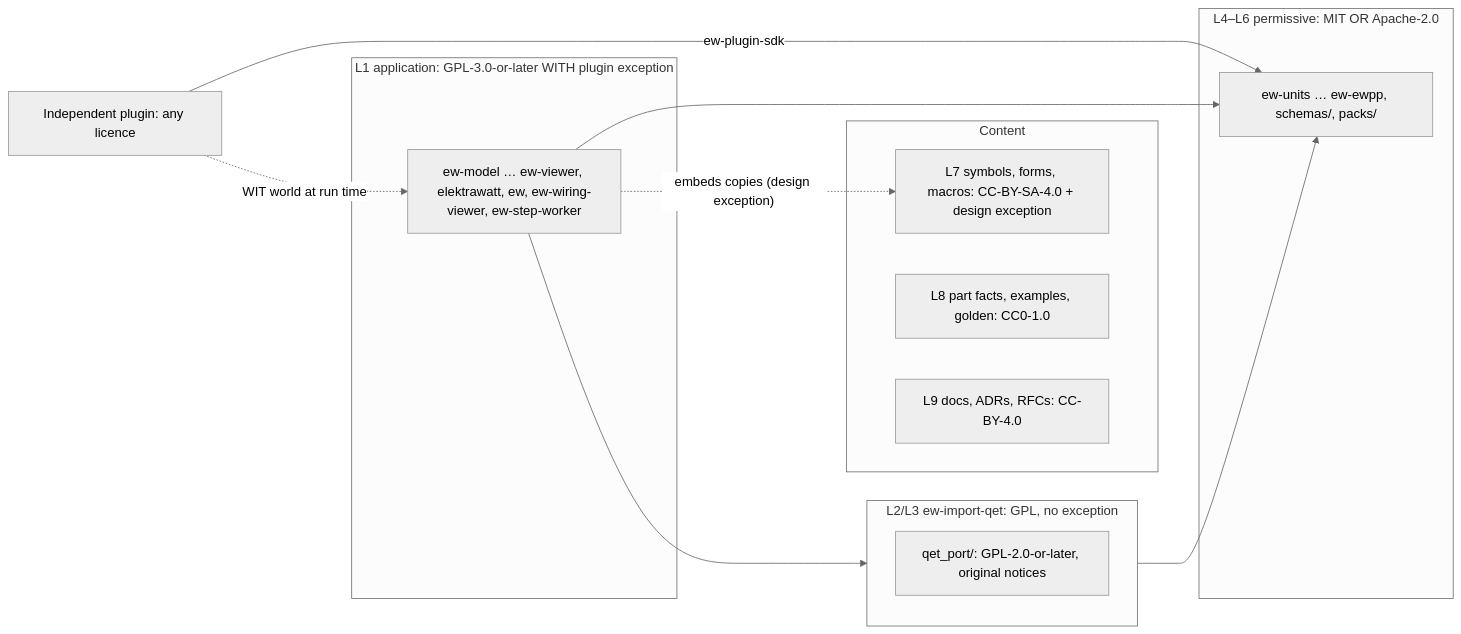
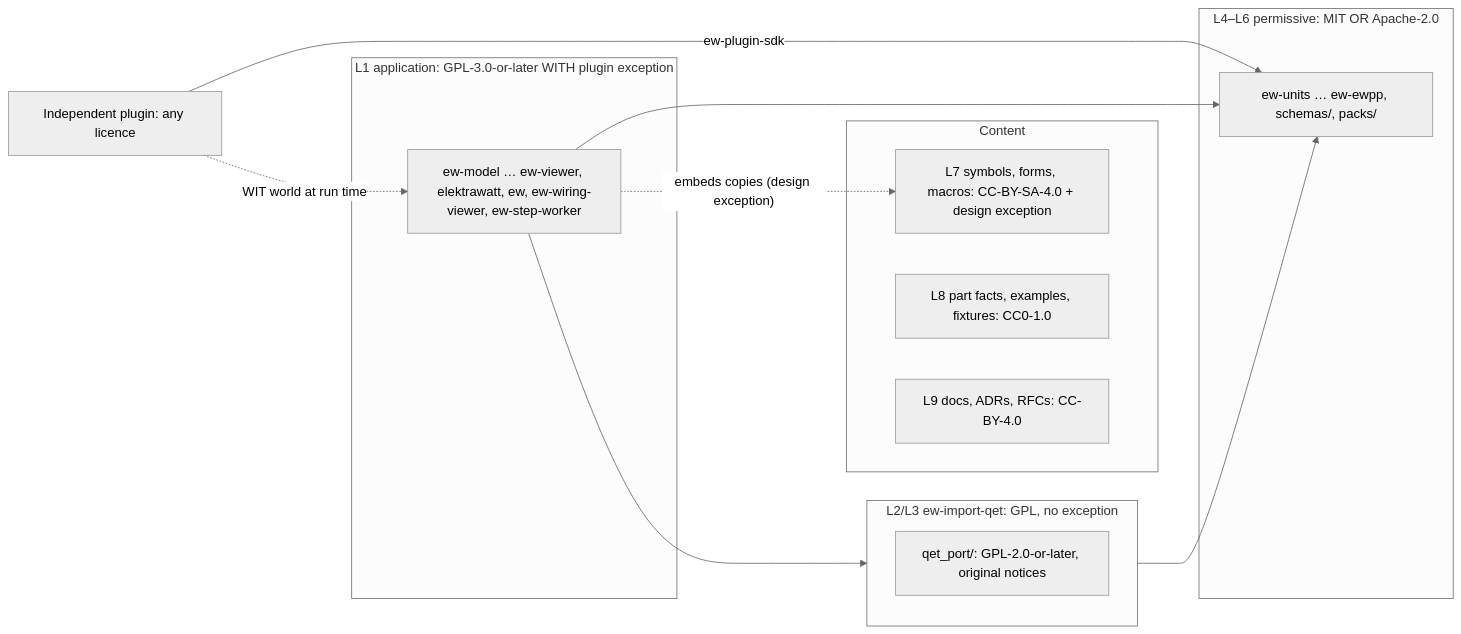
The first of 3 diagrams in docs/design/19-open-source-governance.md (Ironkode787/ElektraWatt), drawn with Mermaid (neutral theme) before and after one commit. The commit also changed other lines of this file and 5 other files, not shown here.

````diff
--- a/docs/design/19-open-source-governance.md
+++ b/docs/design/19-open-source-governance.md
@@ -104,24 +104,24 @@
 ```mermaid
 graph LR
   subgraph APP["L1 application: GPL-3.0-or-later WITH plugin exception"]
     gpl["ew-model … ew-viewer, elektrawatt, ew, ew-wiring-viewer, ew-step-worker"]
   end
   subgraph QETC["L2/L3 ew-import-qet: GPL, no exception"]
     port["qet_port/: GPL-2.0-or-later, original notices"]
   end
   subgraph PERM["L4–L6 permissive: MIT OR Apache-2.0"]
     p["ew-units … ew-ewpp, schemas/, packs/"]
   end
   subgraph CONT["Content"]
     sym["L7 symbols, forms, macros: CC-BY-SA-4.0 + design exception"]
-    cc0["L8 part facts, examples, golden: CC0-1.0"]
+    cc0["L8 part facts, examples, fixtures: CC0-1.0"]
     doc["L9 docs, ADRs, RFCs: CC-BY-4.0"]
   end
   plug["Independent plugin: any licence"]
   gpl --> p
   gpl --> QETC
   QETC --> p
   plug -- "ew-plugin-sdk" --> p
   plug -. "WIT world at run time" .-> gpl
   gpl -. "embeds copies (design exception)" .-> sym
 ```
````
